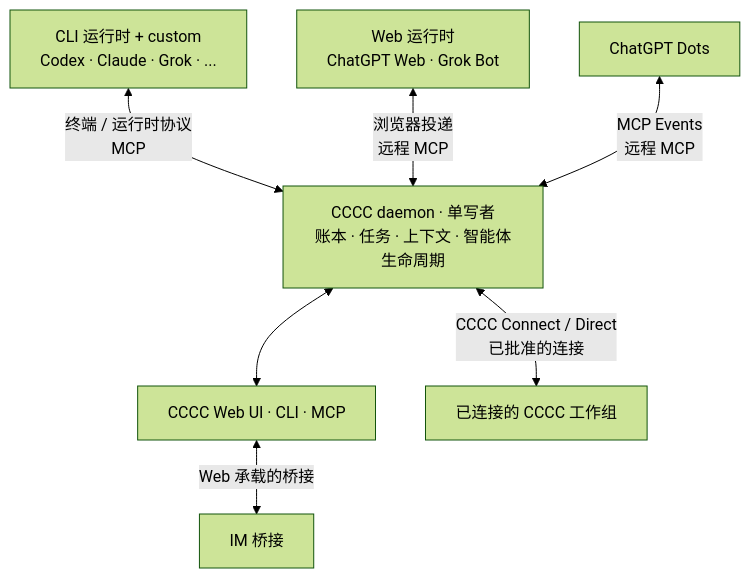
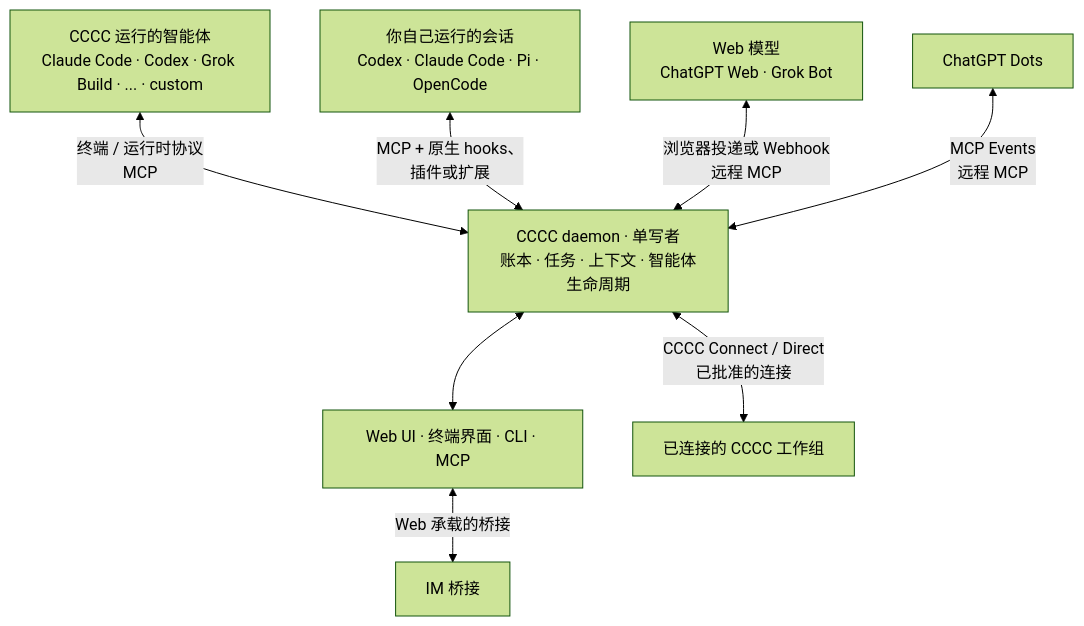
Before and after one commit to ChesterRa/cccc: the diagram in README.zh-CN.md, drawn with Mermaid (forest theme). The commit also changed other lines of this file and 59 other files, not shown here.

````diff
--- a/README.zh-CN.md
+++ b/README.zh-CN.md
@@ -187,17 +308,19 @@
 ```mermaid
 graph TB
-    A1["CLI 运行时 + custom<br/>Codex · Claude · Grok · ..."]
-    A3["Web 运行时<br/>ChatGPT Web · Grok Bot"]
-    A6["ChatGPT Dots"]
+    M["CCCC 运行的智能体<br/>Claude Code · Codex · Grok Build · ... · custom"]
+    N["你自己运行的会话<br/>Codex · Claude Code · Pi · OpenCode"]
+    W["Web 模型<br/>ChatGPT Web · Grok Bot"]
+    D["ChatGPT Dots"]
     Daemon["CCCC daemon · 单写者<br/>账本 · 任务 · 上下文 · 智能体生命周期"]
-    Ports["CCCC Web UI · CLI · MCP"]
+    Ports["Web UI · 终端界面 · CLI · MCP"]
     IM["IM 桥接"]
     Remote["已连接的 CCCC 工作组"]
 
-    A1 <-->|终端 / 运行时协议<br/>MCP| Daemon
-    A3 <-->|浏览器投递<br/>远程 MCP| Daemon
-    A6 <-->|MCP Events<br/>远程 MCP| Daemon
+    M <-->|终端 / 运行时协议<br/>MCP| Daemon
+    N <-->|MCP + 原生 hooks、<br/>插件或扩展| Daemon
+    W <-->|浏览器投递或 Webhook<br/>远程 MCP| Daemon
+    D <-->|MCP Events<br/>远程 MCP| Daemon
     Daemon <--> Ports
     Ports <-->|Web 承载的桥接| IM
     Daemon <-->|CCCC Connect / Direct<br/>已批准的连接| Remote
 ```
````
